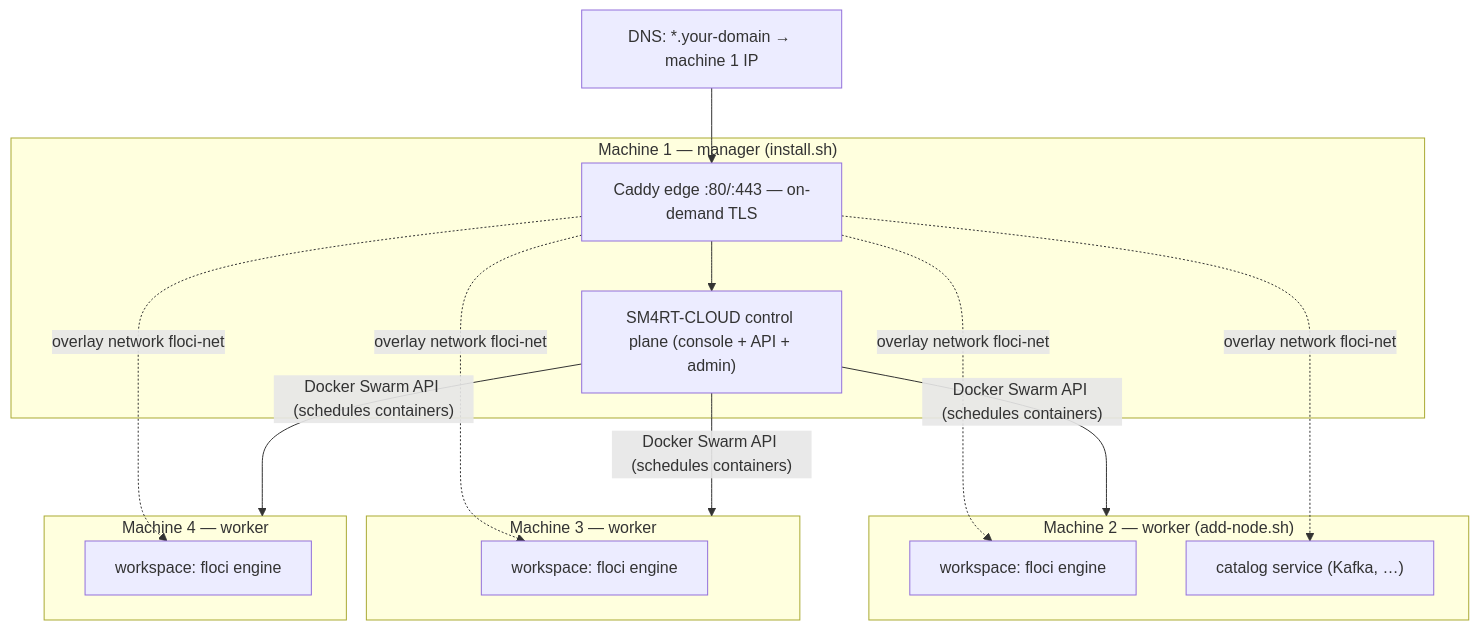
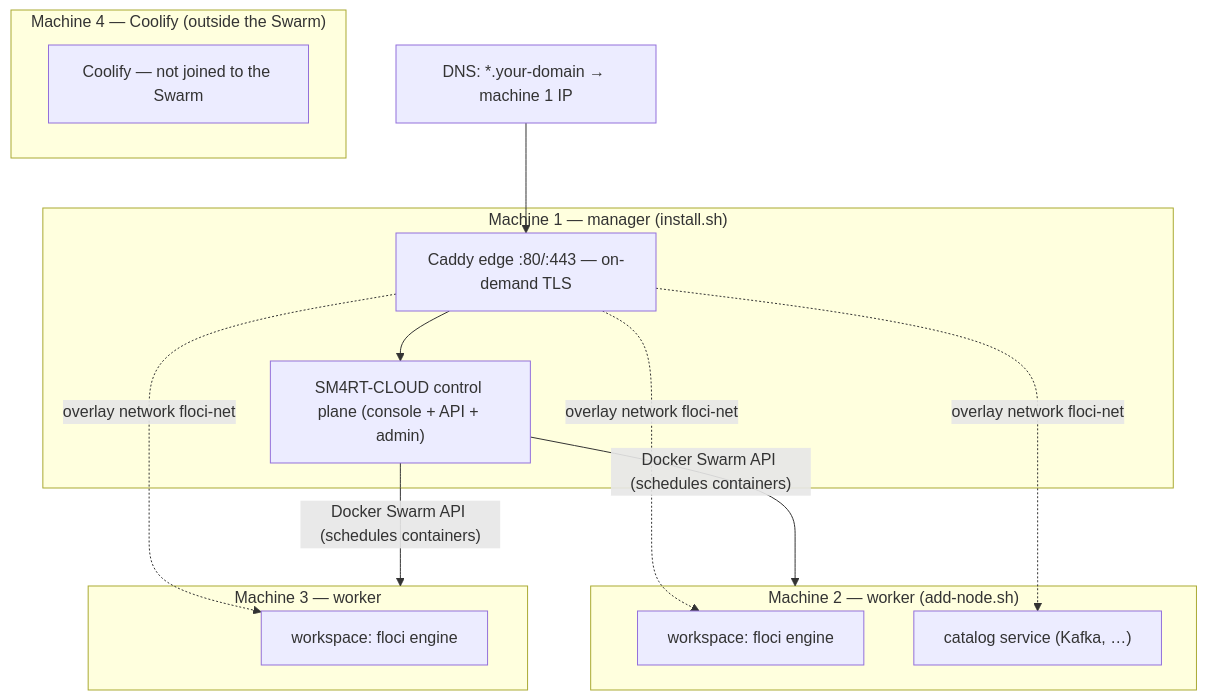
The second of 2 diagrams in README.md (mbergo/sm4rt-cloud), drawn with Mermaid before and after one commit. The commit also changed other lines of this file, not shown here.

First line of the commit message:
docs(readme): keep the Coolify node outside the swarm

````diff
--- a/README.md
+++ b/README.md
@@ -45,26 +45,26 @@
 ```mermaid
 graph TB
     DNS["DNS: *.your-domain → machine 1 IP"] --> Caddy
 
     subgraph M1["Machine 1 — manager (install.sh)"]
         Caddy["Caddy edge :80/:443 — on-demand TLS"]
         CP["SM4RT-CLOUD control plane (console + API + admin)"]
     end
 
     subgraph M2["Machine 2 — worker (add-node.sh)"]
         WSa["workspace: floci engine"]
         SVCa["catalog service (Kafka, …)"]
     end
 
     subgraph M3["Machine 3 — worker"]
         WSb["workspace: floci engine"]
     end
 
-    subgraph M4["Machine 4 — worker"]
-        WSc["workspace: floci engine"]
+    subgraph M4["Machine 4 — Coolify (outside the Swarm)"]
+        COOL["Coolify — not joined to the Swarm"]
     end
 
     Caddy --> CP
-    Caddy -.->|"overlay network floci-net"| WSa & WSb & WSc & SVCa
-    CP -->|"Docker Swarm API (schedules containers)"| M2 & M3 & M4
+    Caddy -.->|"overlay network floci-net"| WSa & WSb & SVCa
+    CP -->|"Docker Swarm API (schedules containers)"| M2 & M3
 ```
````
